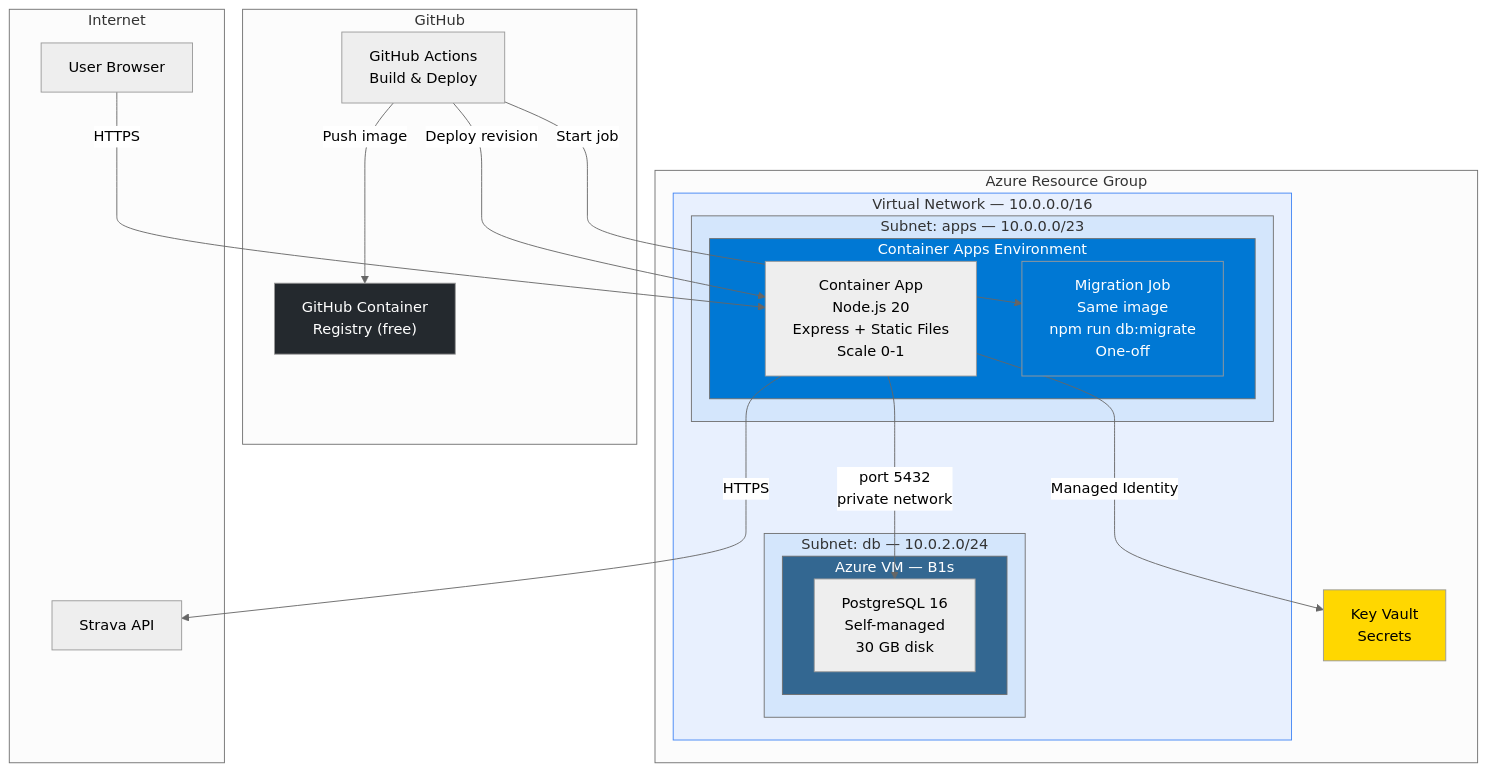
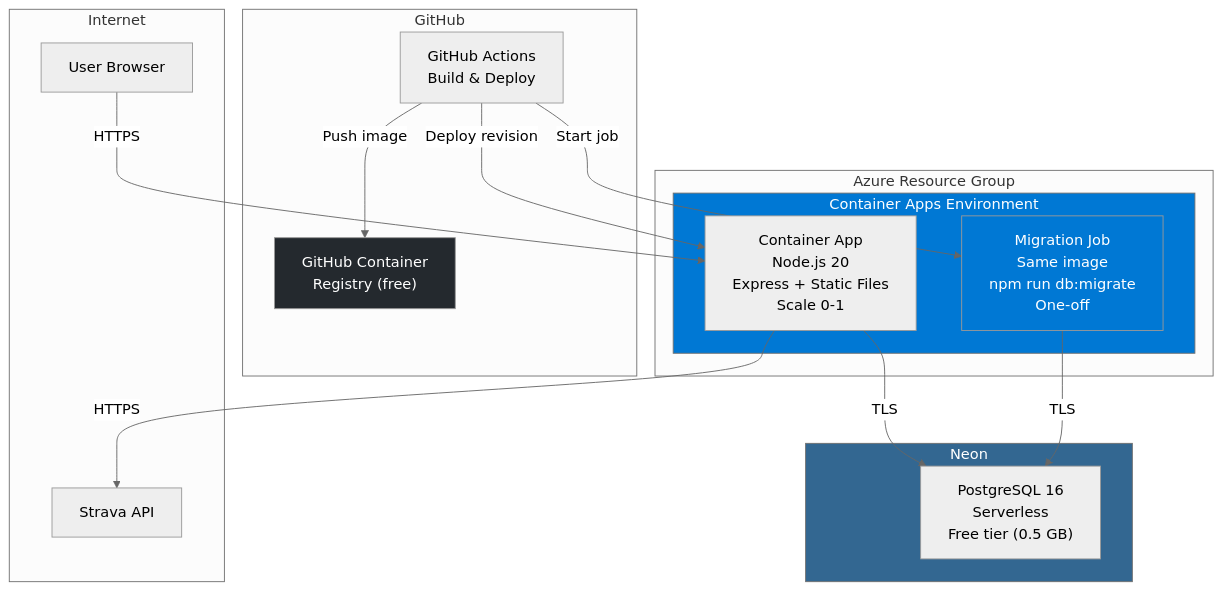
One commit to pymapa/zync changed the first of 2 diagrams in docs/AZURE_ARCHITECTURE.md. Above: the diagram before and after it, drawn with Mermaid (neutral theme). The commit also changed other lines of this file and 13 other files, not shown here.

First line of the commit message:
Architecture changes, code fixes (#3)

````diff
--- a/docs/AZURE_ARCHITECTURE.md
+++ b/docs/AZURE_ARCHITECTURE.md
@@ -9,48 +9,36 @@
 ```mermaid
 graph TB
     subgraph Internet
         User[User Browser]
         Strava[Strava API]
     end
 
     subgraph GitHub["GitHub"]
         GHA["GitHub Actions<br/>Build & Deploy"]
         GHCR["GitHub Container<br/>Registry (free)"]
     end
 
     subgraph Azure["Azure Resource Group"]
-        subgraph VNET["Virtual Network — 10.0.0.0/16"]
-            subgraph AppSubnet["Subnet: apps — 10.0.0.0/23"]
-                subgraph CAE["Container Apps Environment"]
-                    CA["Container App<br/>Node.js 20<br/>Express + Static Files<br/>Scale 0-1"]
-                    MJ["Migration Job<br/>Same image<br/>npm run db:migrate<br/>One-off"]
-                end
-            end
+        subgraph CAE["Container Apps Environment"]
+            CA["Container App<br/>Node.js 20<br/>Express + Static Files<br/>Scale 0-1"]
+            MJ["Migration Job<br/>Same image<br/>npm run db:migrate<br/>One-off"]
+        end
+    end
 
-            subgraph DBSubnet["Subnet: db — 10.0.2.0/24"]
-                subgraph VM["Azure VM — B1s"]
-                    Postgres["PostgreSQL 16<br/>Self-managed<br/>30 GB disk"]
-                end
-            end
-        end
-
-        KV["Key Vault<br/>Secrets"]
+    subgraph Neon["Neon"]
+        Postgres["PostgreSQL 16<br/>Serverless<br/>Free tier (0.5 GB)"]
     end
 
     User -->|HTTPS| CA
-    CA -->|port 5432<br/>private network| Postgres
-    CA -->|Managed Identity| KV
+    CA -->|TLS| Postgres
+    MJ -->|TLS| Postgres
     CA -->|HTTPS| Strava
     GHA -->|Push image| GHCR
     GHA -->|Start job| MJ
     GHA -->|Deploy revision| CA
 
-    style VNET fill:#e8f0fe,color:#333,stroke:#4285f4
-    style AppSubnet fill:#d4e6fc,color:#333
-    style DBSubnet fill:#d4e6fc,color:#333
     style CAE fill:#0078d4,color:#fff
-    style VM fill:#336791,color:#fff
     style MJ fill:#0078d4,color:#fff
-    style KV fill:#ffd700,color:#000
+    style Neon fill:#336791,color:#fff
     style GHCR fill:#24292e,color:#fff
 ```
````
